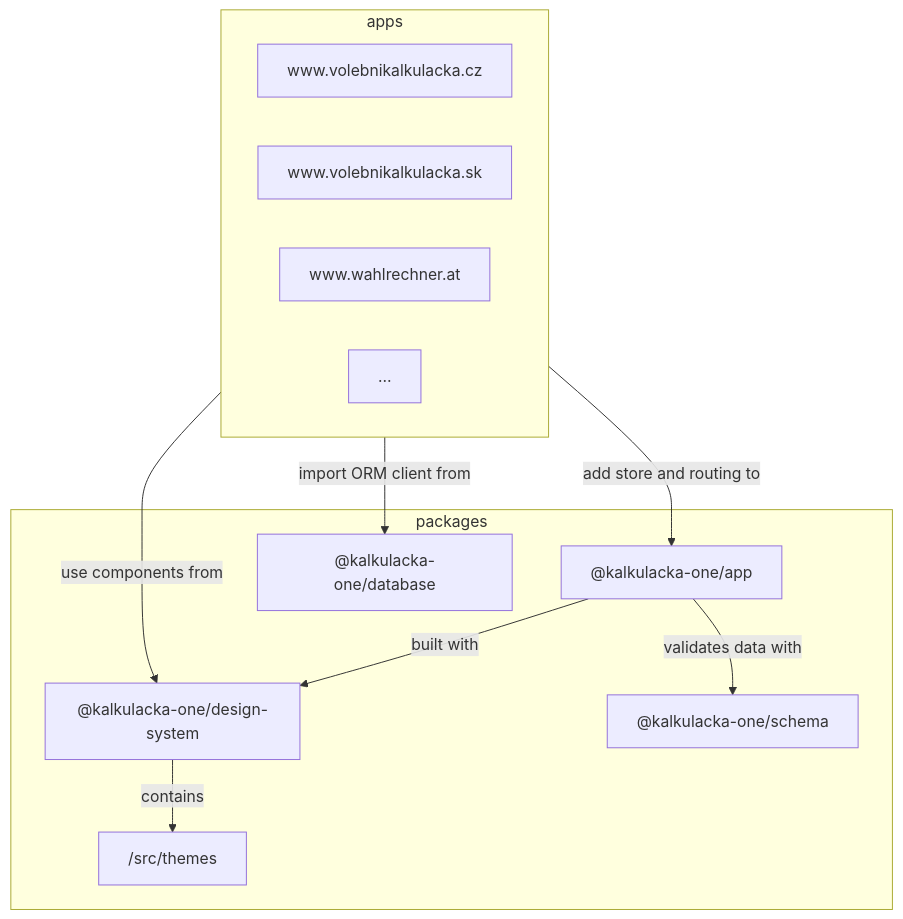
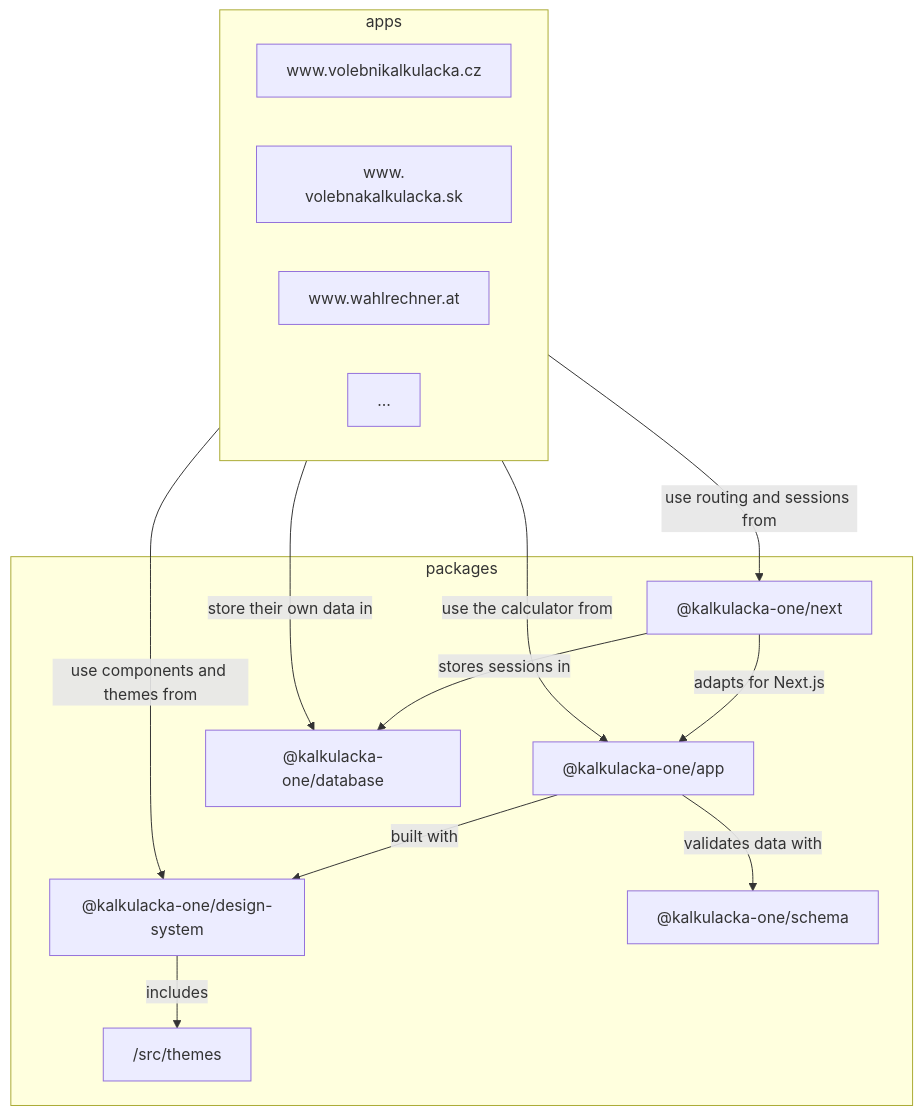
The diagram in docs/architecture.md (kalkulacka-one/kalkulacka), drawn with Mermaid before and after one commit. The commit also changed other lines of this file, not shown here.

First line of the commit message:
Add the next package to the architecture doc

````diff
--- a/docs/architecture.md
+++ b/docs/architecture.md
@@ -10,24 +10,28 @@
 ```mermaid
 graph TD
   subgraph apps [apps]
     CZ["www.​volebnikalkulacka.cz"]
-    SK["www.​volebnikalkulacka.sk"]
+    SK["www.​volebnakalkulacka.sk"]
     AT["www.​wahlrechner.at"]
     etc["…"]
   end
-  
+
   subgraph packages [packages]
+    next["`@kalkulacka-one/next`"]
+    app["`@kalkulacka-one/app`"]
     design-system["`@kalkulacka-one/design-system`"]
     themes["`/src/themes`"]
-    app["`@kalkulacka-one/app`"]
     schema["`@kalkulacka-one/schema`"]
     database["`@kalkulacka-one/database`"]
   end
-  
+
+  apps -->|use routing and sessions from| next
+  apps -->|use the calculator from| app
+  apps -->|use components and themes from| design-system
+  apps -->|store their own data in| database
+  next -->|adapts for Next.js| app
+  next -->|stores sessions in| database
   app -->|built with| design-system
-  design-system -->|contains| themes
+  design-system -->|includes| themes
   app -->|validates data with| schema
-  apps -->|add store and routing to| app
-  apps -->|use components from| design-system
-  apps -->|import ORM client from| database
 ```
````
